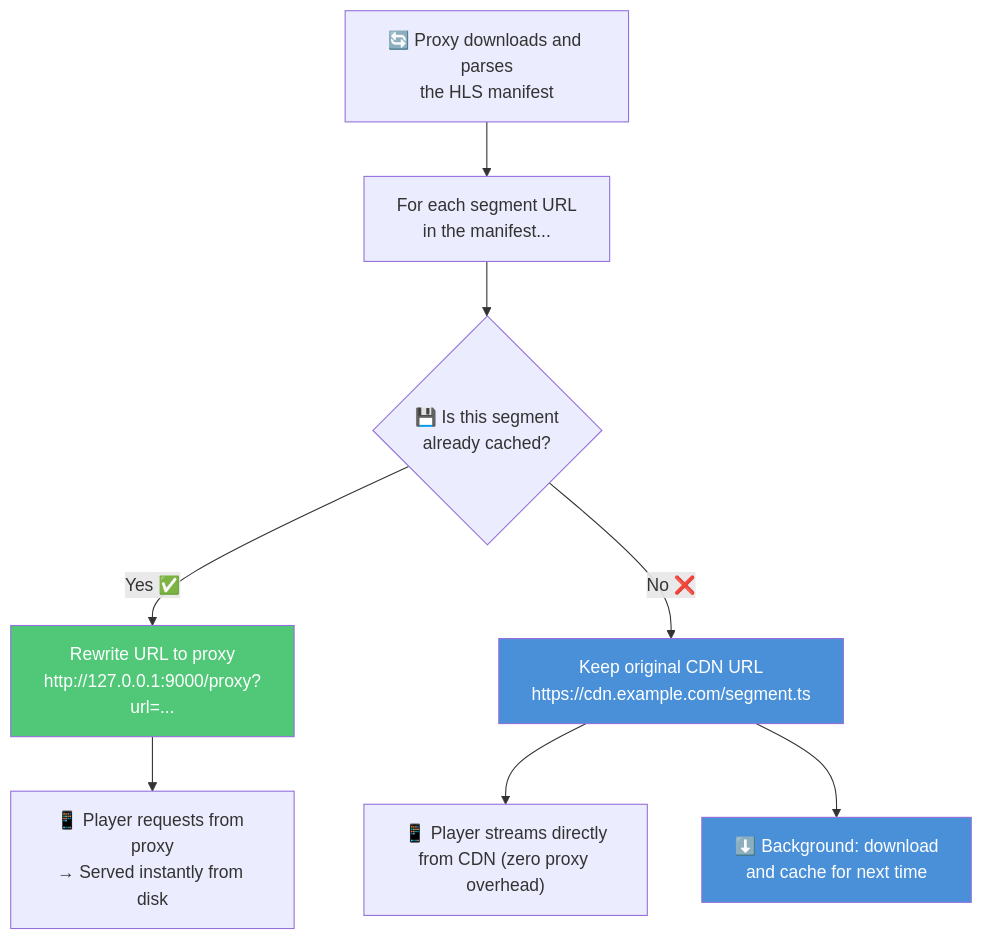
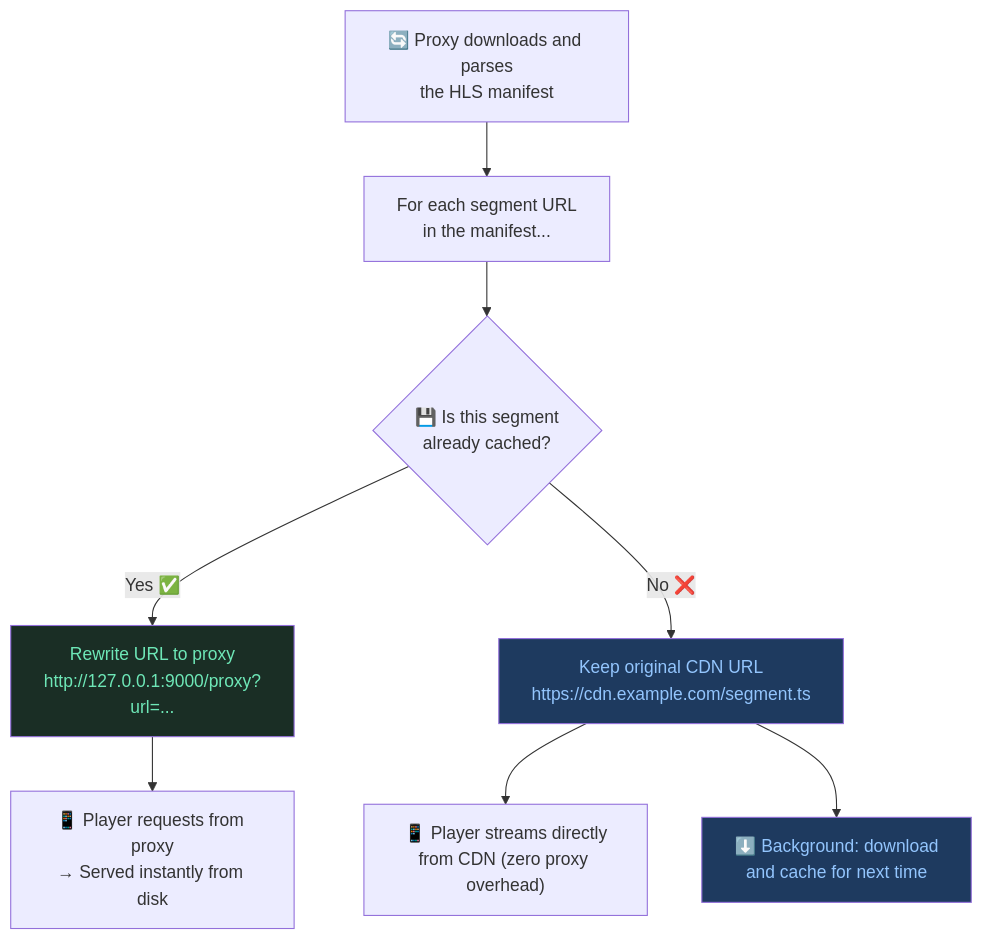
The seventh of 13 diagrams in src/content/case-studies/expo-video-ios-offline-caching.md (Monisankarnath/monisankarnath-portfolio), drawn with Mermaid before and after one commit. The commit also changed other lines of this file and 19 other files, not shown here.

Commit message:
chore: mermaid build and listing revamp

````diff
--- a/src/content/case-studies/expo-video-ios-offline-caching.md
+++ b/src/content/case-studies/expo-video-ios-offline-caching.md
@@ -352,17 +354,17 @@
 ```mermaid
 flowchart TD
-    Manifest["🔄 Proxy downloads and parses\nthe HLS manifest"] --> ForEachLine["For each segment URL\nin the manifest..."]
+    Manifest["🔄 Proxy downloads and parses<br/>the HLS manifest"] --> ForEachLine["For each segment URL<br/>in the manifest..."]
 
-    ForEachLine --> Check{"💾 Is this segment\nalready cached?"}
+    ForEachLine --> Check{"💾 Is this segment<br/>already cached?"}
 
-    Check -->|"Yes ✅"| RewriteProxy["Rewrite URL to proxy\nhttp://127.0.0.1:9000/proxy?url=..."]
-    RewriteProxy --> ServedFromDisk["📱 Player requests from proxy\n→ Served instantly from disk"]
+    Check -->|"Yes ✅"| RewriteProxy["Rewrite URL to proxy<br/>http://127.0.0.1:9000/proxy?url=..."]
+    RewriteProxy --> ServedFromDisk["📱 Player requests from proxy<br/>→ Served instantly from disk"]
 
-    Check -->|"No ❌"| KeepOriginal["Keep original CDN URL\nhttps://cdn.example.com/segment.ts"]
-    KeepOriginal --> DirectStream["📱 Player streams directly\nfrom CDN (zero proxy overhead)"]
-    KeepOriginal --> BackgroundDownload["⬇️ Background: download\nand cache for next time"]
+    Check -->|"No ❌"| KeepOriginal["Keep original CDN URL<br/>https://cdn.example.com/segment.ts"]
+    KeepOriginal --> DirectStream["📱 Player streams directly<br/>from CDN (zero proxy overhead)"]
+    KeepOriginal --> BackgroundDownload["⬇️ Background: download<br/>and cache for next time"]
 
-    style RewriteProxy fill:#50C878,color:#fff
-    style KeepOriginal fill:#4A90D9,color:#fff
-    style BackgroundDownload fill:#4A90D9,color:#fff
+    style RewriteProxy fill:#1a2e25,color:#6ee7b7
+    style KeepOriginal fill:#1e3a5f,color:#93c5fd
+    style BackgroundDownload fill:#1e3a5f,color:#93c5fd
 ```
````
